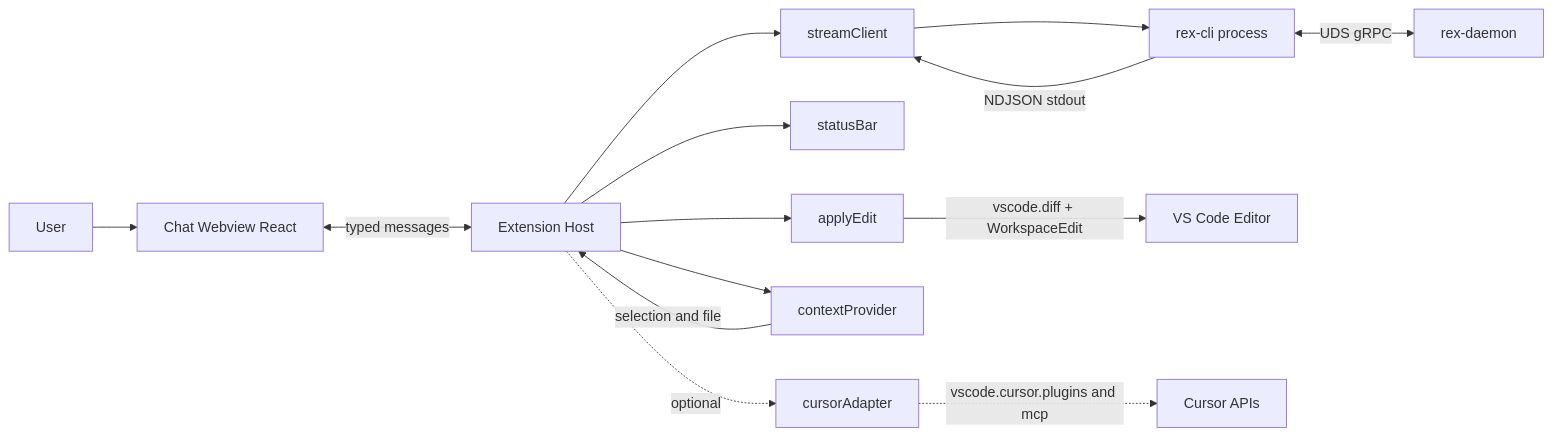
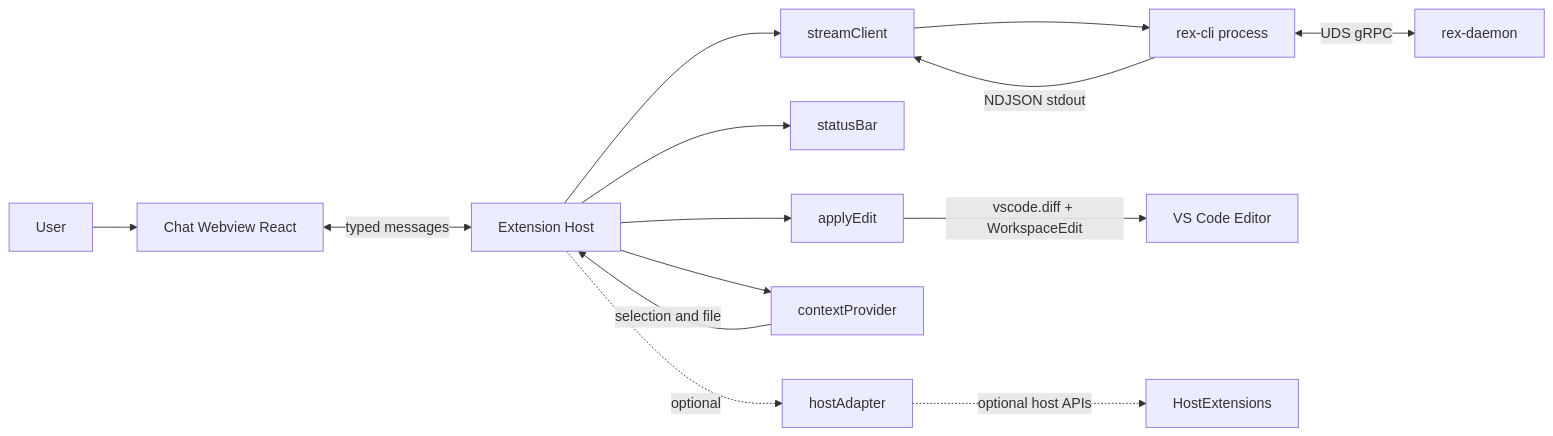
The first of 3 diagrams in docs/EXTENSION_ARCHITECTURE.md (thsfranca/rex), drawn with Mermaid before and after one commit. The commit also changed other lines of this file and 19 other files, not shown here.

First line of the commit message:
feat(extension/docs): mode-gated chat flow and agnostic adapter design docs (#117)

````diff
--- a/docs/EXTENSION_ARCHITECTURE.md
+++ b/docs/EXTENSION_ARCHITECTURE.md
@@ -29,16 +30,16 @@
 ```mermaid
 flowchart LR
     user[User] --> chat[Chat Webview React]
     chat <-->|typed messages| host[Extension Host]
     host --> stream[streamClient]
     host --> status[statusBar]
     host --> apply[applyEdit]
     host --> ctxp[contextProvider]
-    host -.optional.-> cursorAdapter[cursorAdapter]
+    host -.optional.-> hostAdapter[hostAdapter]
     stream --> cli[rex-cli process]
     cli <-->|UDS gRPC| daemon[rex-daemon]
     cli -->|NDJSON stdout| stream
     apply -->|"vscode.diff + WorkspaceEdit"| editor[VS Code Editor]
     ctxp -->|selection and file| host
-    cursorAdapter -.->|"vscode.cursor.plugins and mcp"| cursorHost[Cursor APIs]
+    hostAdapter -.->|"optional host APIs"| hostExtensions[HostExtensions]
 ```
````
